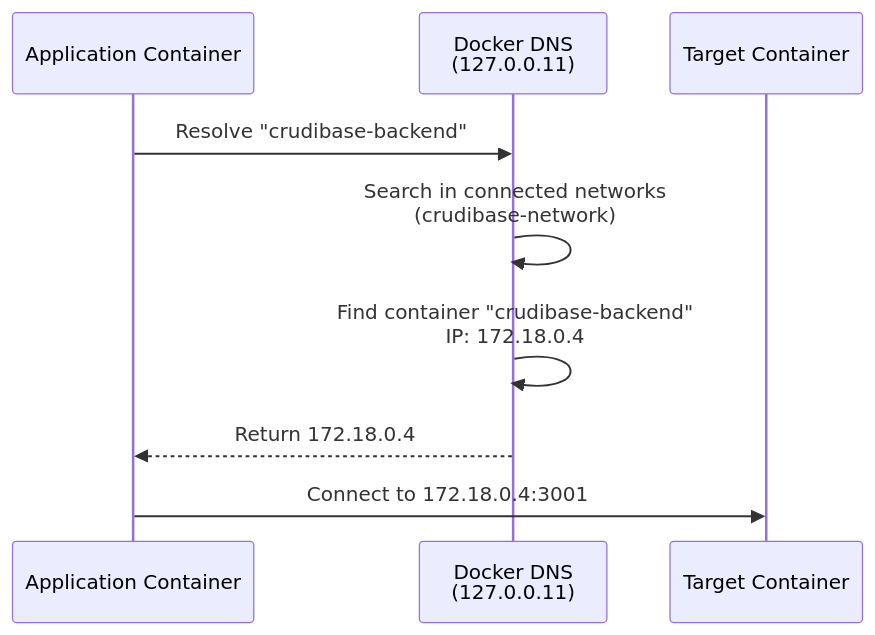
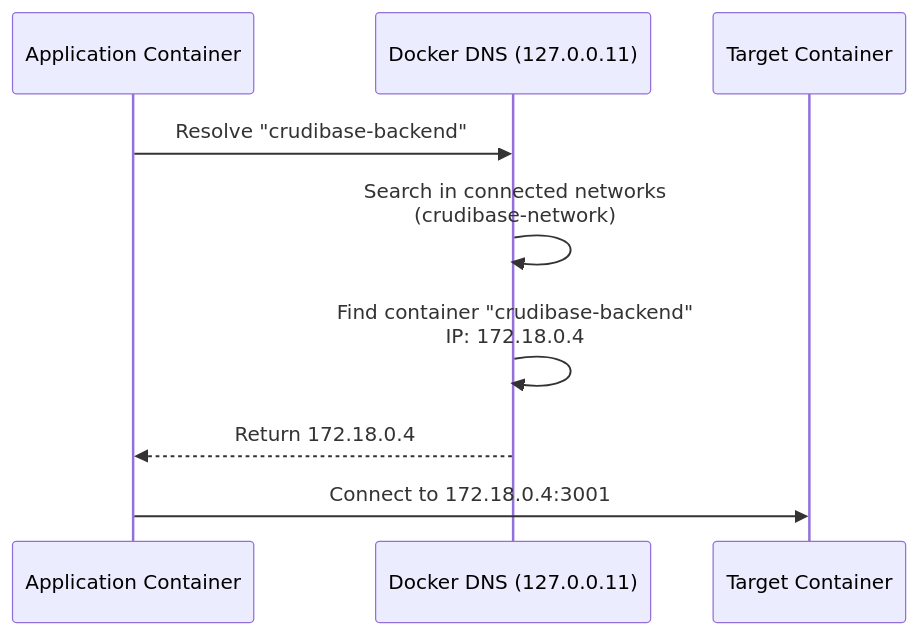
The seventh of 9 diagrams in wiki/Network-Architecture.md (softwarewrighter/ssl-proxy-for-do), drawn with Mermaid before and after one commit. The commit also changed other lines of this file and 2 other files, not shown here.

First line of the commit message:
Fix Mermaid sequence diagram syntax errors

````diff
--- a/wiki/Network-Architecture.md
+++ b/wiki/Network-Architecture.md
@@ -427,12 +427,12 @@
 ```mermaid
 sequenceDiagram
     participant App as Application Container
-    participant DNS as Docker DNS<br/>(127.0.0.11)
+    participant DNS as Docker DNS (127.0.0.11)
     participant Target as Target Container
 
     App->>DNS: Resolve "crudibase-backend"
     DNS->>DNS: Search in connected networks<br/>(crudibase-network)
     DNS->>DNS: Find container "crudibase-backend"<br/>IP: 172.18.0.4
     DNS-->>App: Return 172.18.0.4
     App->>Target: Connect to 172.18.0.4:3001
 ```
````
